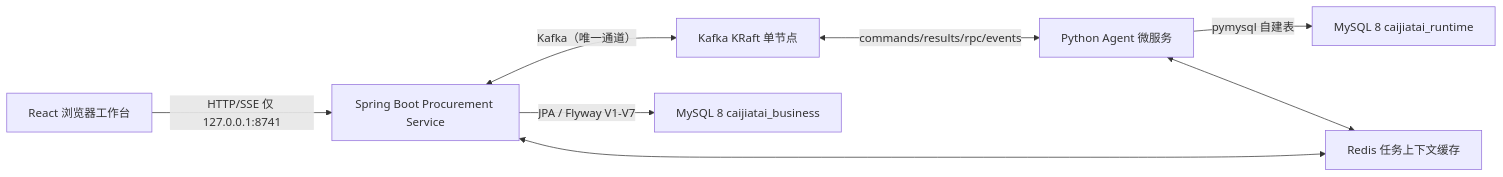
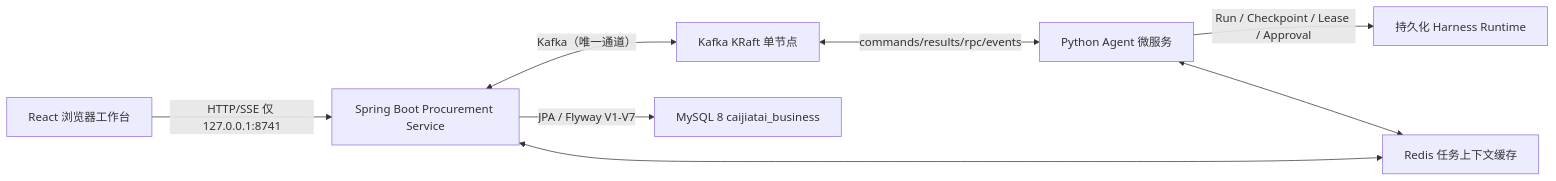
The first of 2 diagrams in docs/architecture.md (zxl666ab-sketch/agentharness), drawn with Mermaid before and after one commit. The commit also changed other lines of this file and 37 other files, not shown here.

````diff
--- a/docs/architecture.md
+++ b/docs/architecture.md
@@ -8,10 +8,10 @@
 ```mermaid
 flowchart LR
     Browser["React 浏览器工作台"] -->|"HTTP/SSE 仅 127.0.0.1:8741"| Java["Spring Boot Procurement Service"]
     Java <-->|"Kafka（唯一通道）"| Kafka["Kafka KRaft 单节点"]
     Kafka <-->|"commands/results/rpc/events"| Python["Python Agent 微服务"]
     Java -->|"JPA / Flyway V1-V7"| MySQL["MySQL 8 caijiatai_business"]
-    Python -->|"pymysql 自建表"| RuntimeDB["MySQL 8 caijiatai_runtime"]
+    Python -->|"Run / Checkpoint / Lease / Approval"| RuntimeStore["持久化 Harness Runtime"]
     Java <--> Redis["Redis 任务上下文缓存"]
     Python <--> Redis
 ```
````
